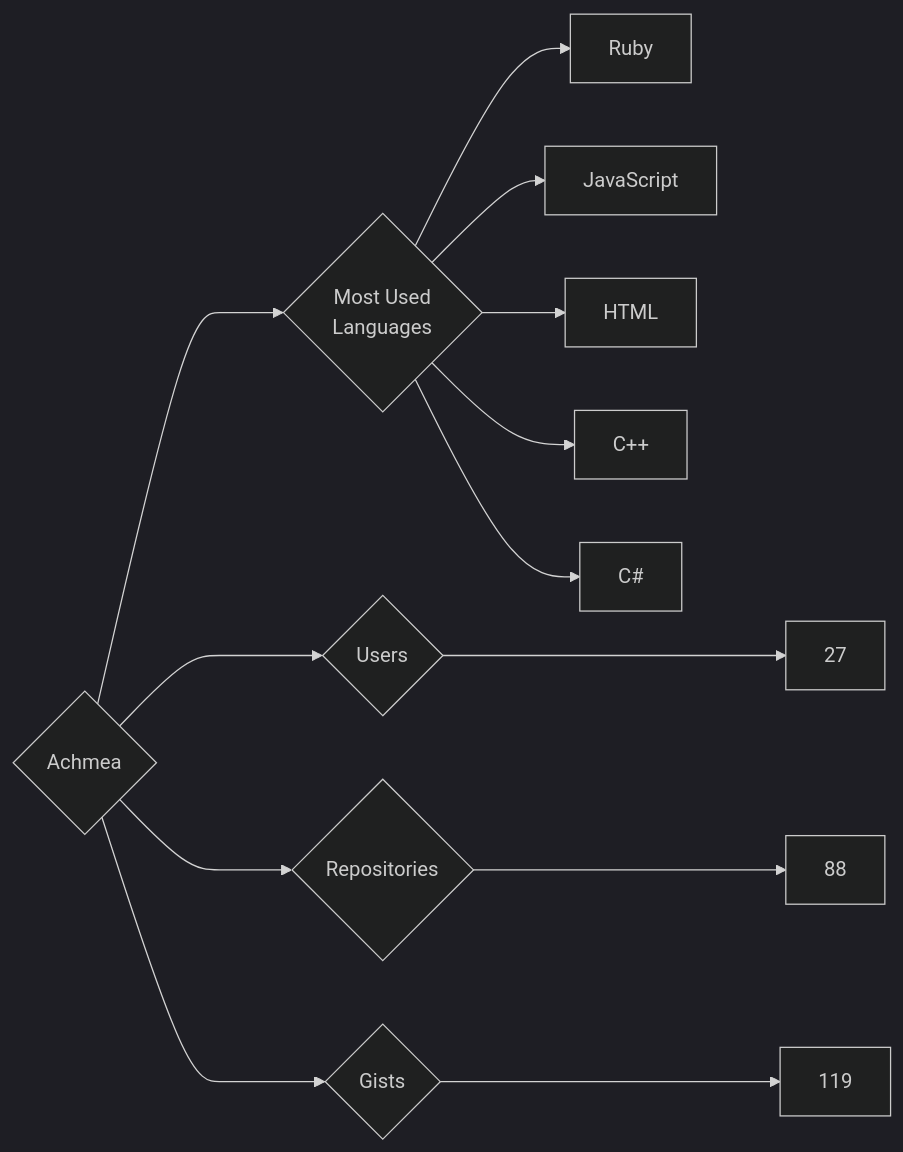
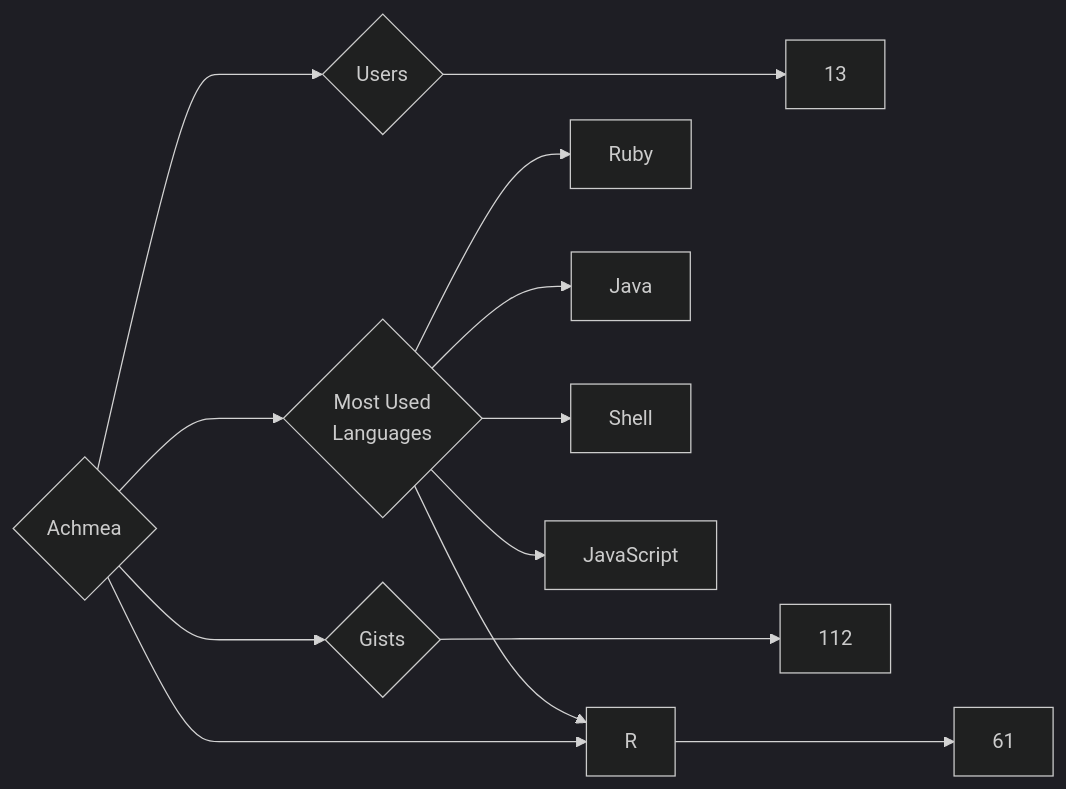
The diagram in targets/Achmea/README.md (trickest/insiders), drawn with Mermaid (dark theme) before and after one commit. The commit also changed 569 other files, not shown here.

````diff
--- a/targets/Achmea/README.md
+++ b/targets/Achmea/README.md
@@ -3,13 +3,13 @@
 ```mermaid
 graph LR
 COMPANY_NAME{Achmea}
-COMPANY_NAME ---> U{Users} ---> UN[27]
-COMPANY_NAME ---> R{Repositories} ---> RN[88]
-COMPANY_NAME ---> G{Gists} ---> GN[119]
+COMPANY_NAME ---> U{Users} ---> UN[13]
+COMPANY_NAME ---> R{Repositories} ---> RN[61]
+COMPANY_NAME ---> G{Gists} ---> GN[112]
 COMPANY_NAME ---> ML{Most Used<br>Languages}
 ML --> Ruby[Ruby]
+ML --> Java[Java]
+ML --> Shell[Shell]
 ML --> JavaScript[JavaScript]
-ML --> HTML[HTML]
-ML --> C++[C++]
-ML --> C#[C#]
+ML --> R[R]
 ```
````
